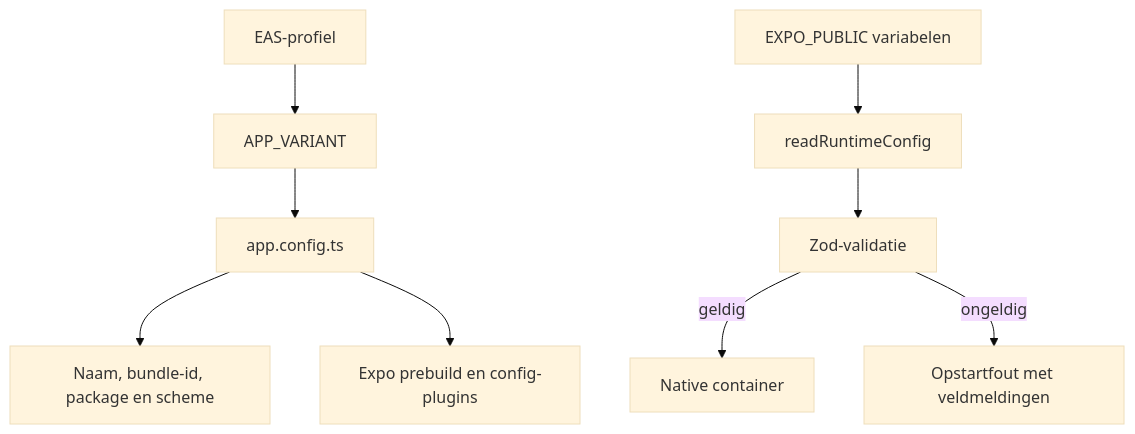
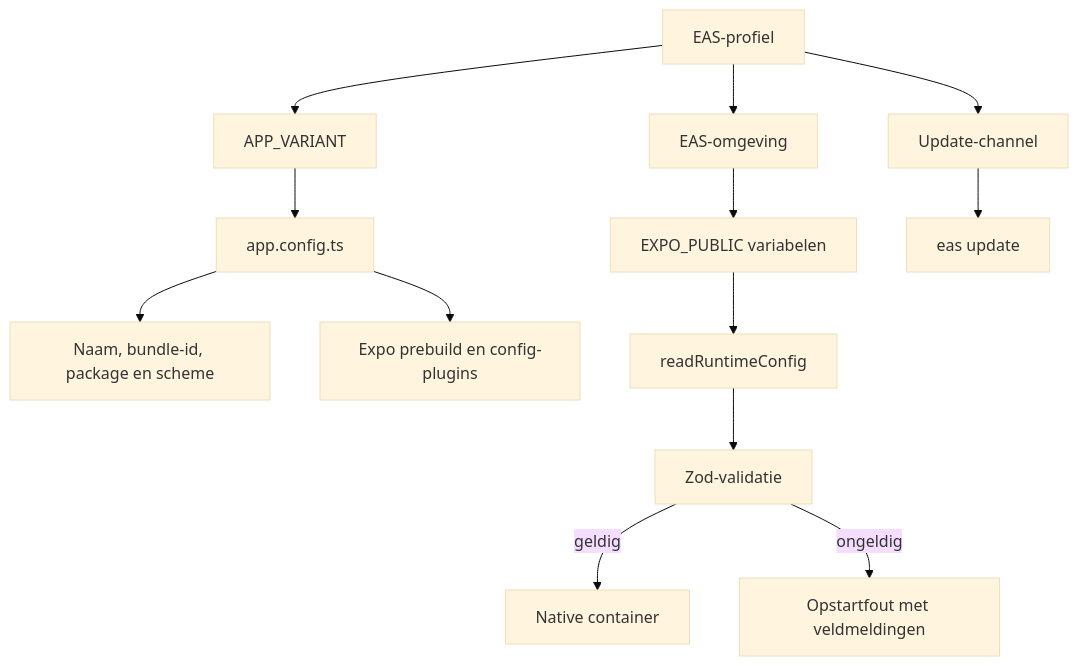
Before and after one commit to crfarber/vaneijck-berger-app: the diagram in docs/wiki/builds.md, drawn with Mermaid (base theme). The commit also changed other lines of this file and 67 other files, not shown here.

````diff
--- a/docs/wiki/builds.md
+++ b/docs/wiki/builds.md
@@ -15,11 +16,15 @@
 ```mermaid
 flowchart TD
   A[EAS-profiel] --> B[APP_VARIANT]
+  A --> EASENV[EAS-omgeving]
   B --> C[app.config.ts]
   C --> D[Naam, bundle-id, package en scheme]
-  E[EXPO_PUBLIC variabelen] --> F[readRuntimeConfig]
+  EASENV --> E[EXPO_PUBLIC variabelen]
+  E --> F[readRuntimeConfig]
   F --> G[Zod-validatie]
   G -->|geldig| H[Native container]
   G -->|ongeldig| I[Opstartfout met veldmeldingen]
   C --> J[Expo prebuild en config-plugins]
+  A --> CH[Update-channel]
+  CH --> UPD[eas update]
 ```
````
